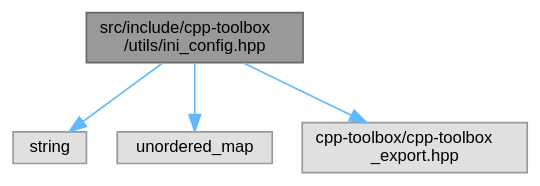
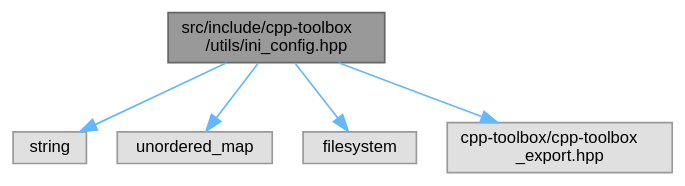
One commit to nerdneilsfield/cpp-toolbox changed the diagram in ini__config_8hpp__incl.dot. Above: the diagram before and after it, drawn with Graphviz. The commit also changed 27 other files, not shown here.

```diff
--- a/ini__config_8hpp__incl.dot
+++ b/ini__config_8hpp__incl.dot
@@ -1,14 +1,16 @@
 digraph "src/include/cpp-toolbox/utils/ini_config.hpp"
 {
  // LATEX_PDF_SIZE
   bgcolor="transparent";
   edge [fontname=Helvetica,fontsize=10,labelfontname=Helvetica,labelfontsize=10];
   node [fontname=Helvetica,fontsize=10,shape=box,height=0.2,width=0.4];
   Node1 [id="Node000001",label="src/include/cpp-toolbox\l/utils/ini_config.hpp",height=0.2,width=0.4,color="gray40", fillcolor="grey60", style="filled", fontcolor="black",tooltip=" "];
   Node1 -> Node2 [id="edge1_Node000001_Node000002",color="steelblue1",style="solid",tooltip=" "];
   Node2 [id="Node000002",label="string",height=0.2,width=0.4,color="grey60", fillcolor="#E0E0E0", style="filled",tooltip=" "];
   Node1 -> Node3 [id="edge2_Node000001_Node000003",color="steelblue1",style="solid",tooltip=" "];
   Node3 [id="Node000003",label="unordered_map",height=0.2,width=0.4,color="grey60", fillcolor="#E0E0E0", style="filled",tooltip=" "];
   Node1 -> Node4 [id="edge3_Node000001_Node000004",color="steelblue1",style="solid",tooltip=" "];
-  Node4 [id="Node000004",label="cpp-toolbox/cpp-toolbox\l_export.hpp",height=0.2,width=0.4,color="grey60", fillcolor="#E0E0E0", style="filled",tooltip=" "];
+  Node4 [id="Node000004",label="filesystem",height=0.2,width=0.4,color="grey60", fillcolor="#E0E0E0", style="filled",tooltip=" "];
+  Node1 -> Node5 [id="edge4_Node000001_Node000005",color="steelblue1",style="solid",tooltip=" "];
+  Node5 [id="Node000005",label="cpp-toolbox/cpp-toolbox\l_export.hpp",height=0.2,width=0.4,color="grey60", fillcolor="#E0E0E0", style="filled",tooltip=" "];
 }
```
